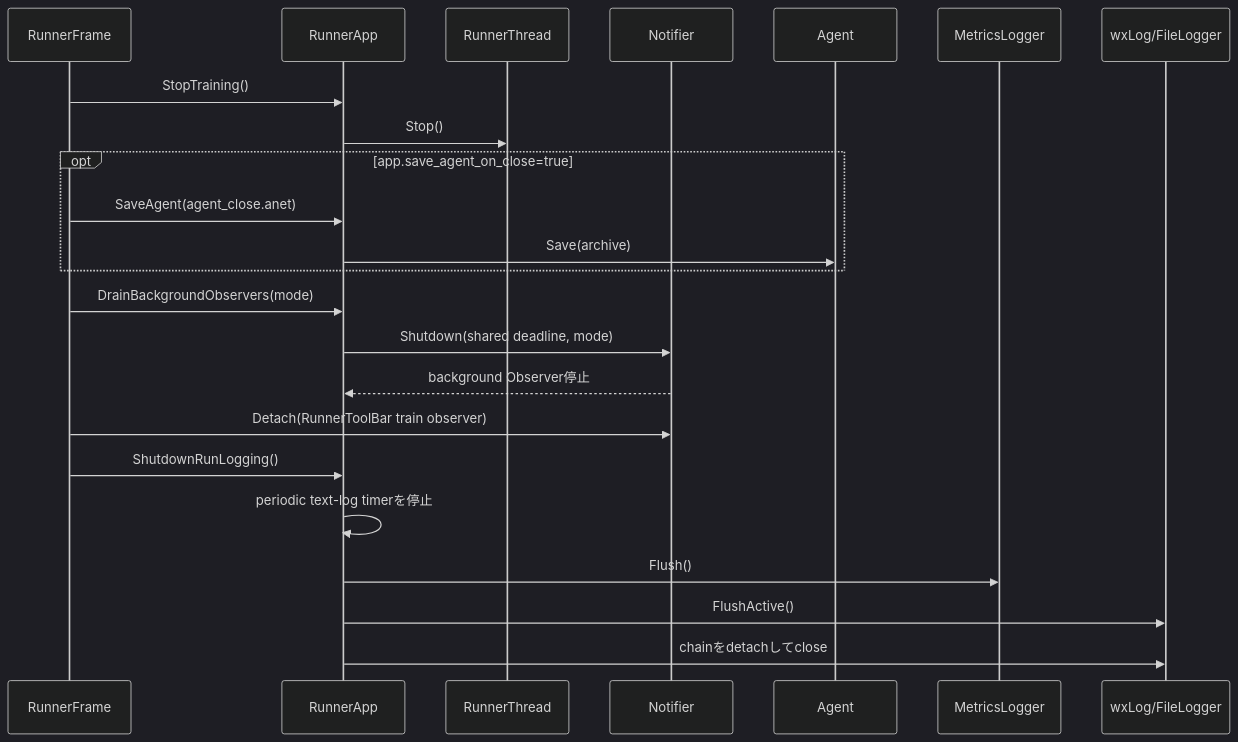
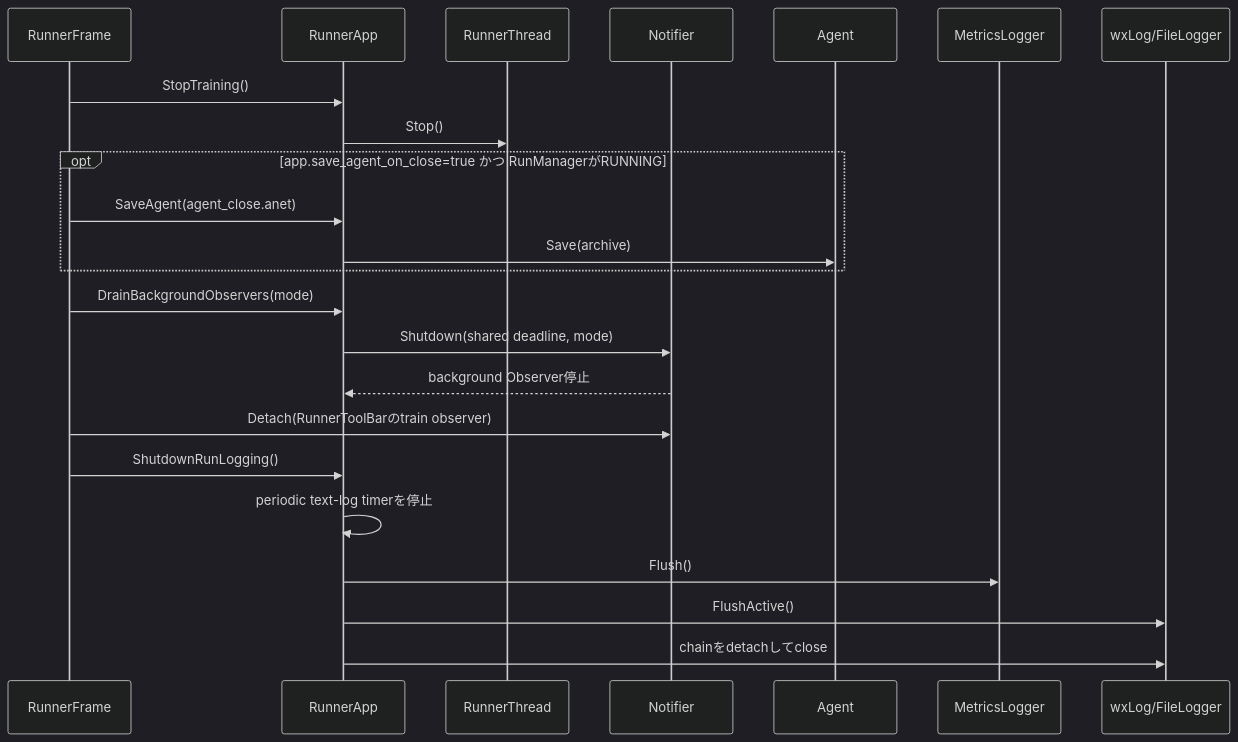
One commit to kazukin123/anet-lab changed the third of 3 diagrams in docs/design/140_observability.en.md. Above: the diagram before and after it, drawn with Mermaid (dark theme). The commit also changed other lines of this file and 14 other files, not shown here.

````diff
--- a/docs/design/140_observability.en.md
+++ b/docs/design/140_observability.en.md
@@ -154,26 +154,26 @@
 ```mermaid
 sequenceDiagram
     participant UI as RunnerFrame
     participant A as RunnerApp
     participant T as RunnerThread
     participant N as Notifier
     participant G as Agent
     participant M as MetricsLogger
     participant L as wxLog/FileLogger
 
     UI->>A: StopTraining()
     A->>T: Stop()
-    opt app.save_agent_on_close=true
+    opt app.save_agent_on_close=true かつ RunManagerがRUNNING
         UI->>A: SaveAgent(agent_close.anet)
         A->>G: Save(archive)
     end
     UI->>A: DrainBackgroundObservers(mode)
     A->>N: Shutdown(shared deadline, mode)
     N-->>A: background Observer停止
-    UI->>N: Detach(RunnerToolBar train observer)
+    UI->>N: Detach(RunnerToolBarのtrain observer)
     UI->>A: ShutdownRunLogging()
     A->>A: periodic text-log timerを停止
     A->>M: Flush()
     A->>L: FlushActive()
     A->>L: chainをdetachしてclose
 ```
````
